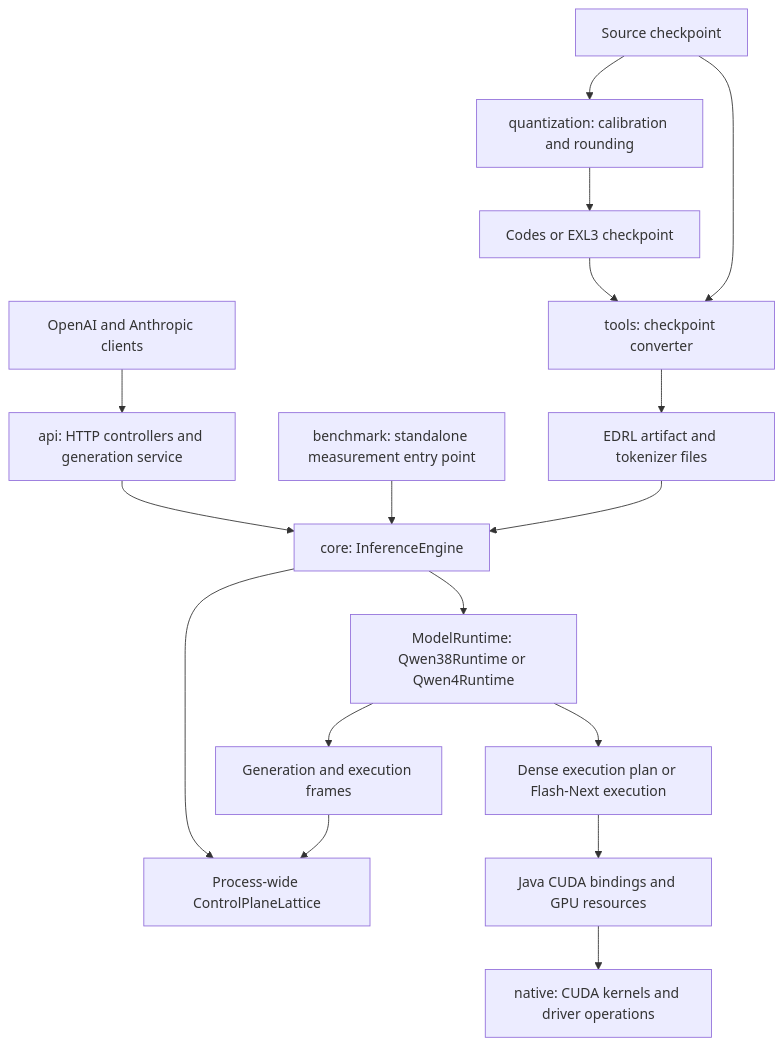
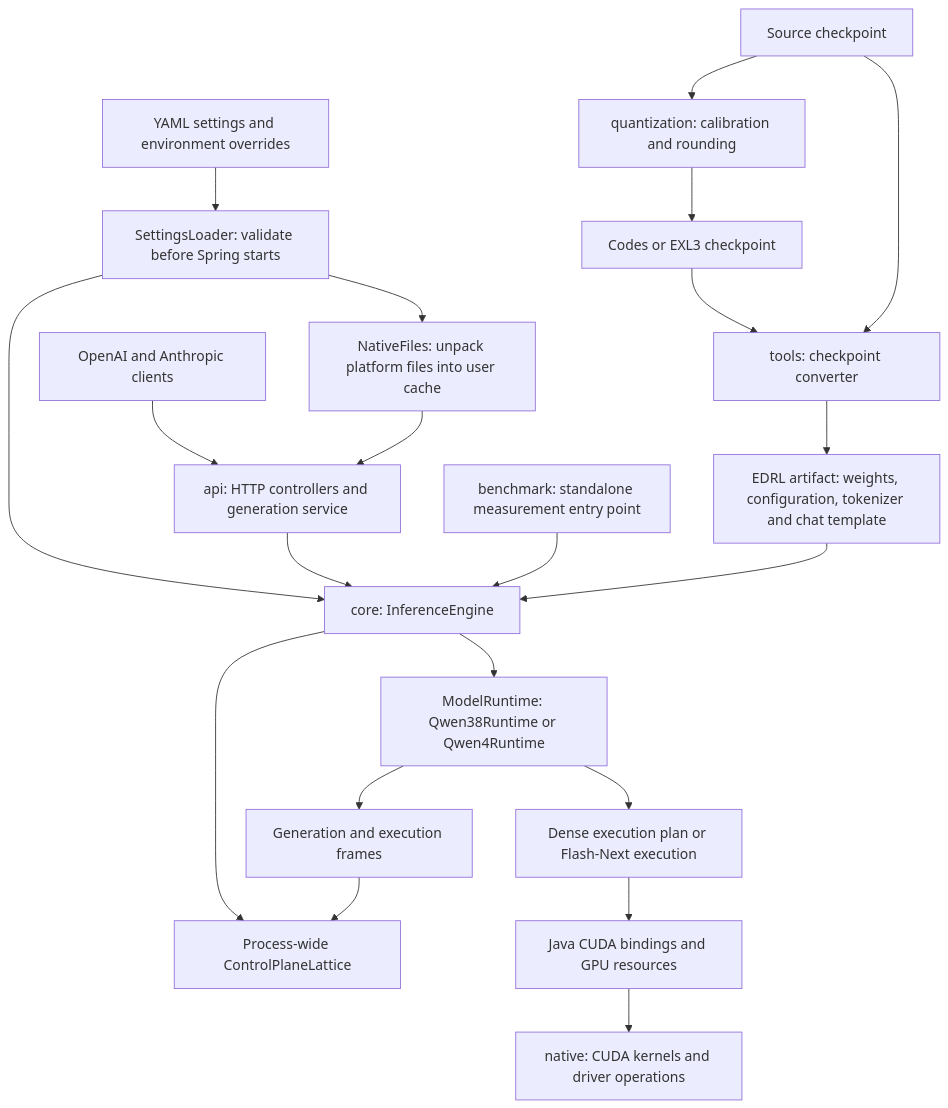
One commit to Euhedral-Engine/Euhedral changed the diagram in docs/architecture/01-system-architecture.md. Above: the diagram before and after it, drawn with Mermaid. The commit also changed other lines of this file and 10 other files, not shown here.

Commit message:
docs: refresh architecture against current runtime and startup

````diff
--- a/docs/architecture/01-system-architecture.md
+++ b/docs/architecture/01-system-architecture.md
@@ -5,19 +5,23 @@
 ```mermaid
 flowchart TB
     Clients[OpenAI and Anthropic clients] --> API[api: HTTP controllers and generation service]
+    Config[YAML settings and environment overrides] --> Settings[SettingsLoader: validate before Spring starts]
+    Settings --> Unpack[NativeFiles: unpack platform files into user cache]
+    Unpack --> API
+    Settings --> Engine
     API --> Engine[core: InferenceEngine]
     Bench[benchmark: standalone measurement entry point] --> Engine
     Engine --> Runtime[ModelRuntime: Qwen38Runtime or Qwen4Runtime]
     Engine --> Lattice[Process-wide ControlPlaneLattice]
     Runtime --> Frames[Generation and execution frames]
     Frames --> Lattice
     Runtime --> Plan[Dense execution plan or Flash-Next execution]
     Plan --> GPU[Java CUDA bindings and GPU resources]
     GPU --> Native[native: CUDA kernels and driver operations]
-    Artifacts[EDRL artifact and tokenizer files] --> Engine
+    Artifacts[EDRL artifact: weights, configuration, tokenizer and chat template] --> Engine
     Quant[quantization: calibration and rounding] --> Codes[Codes or EXL3 checkpoint]
     Codes --> Converter[tools: checkpoint converter]
     Checkpoint[Source checkpoint] --> Quant
     Checkpoint --> Converter
     Converter --> Artifacts
 ```
````
